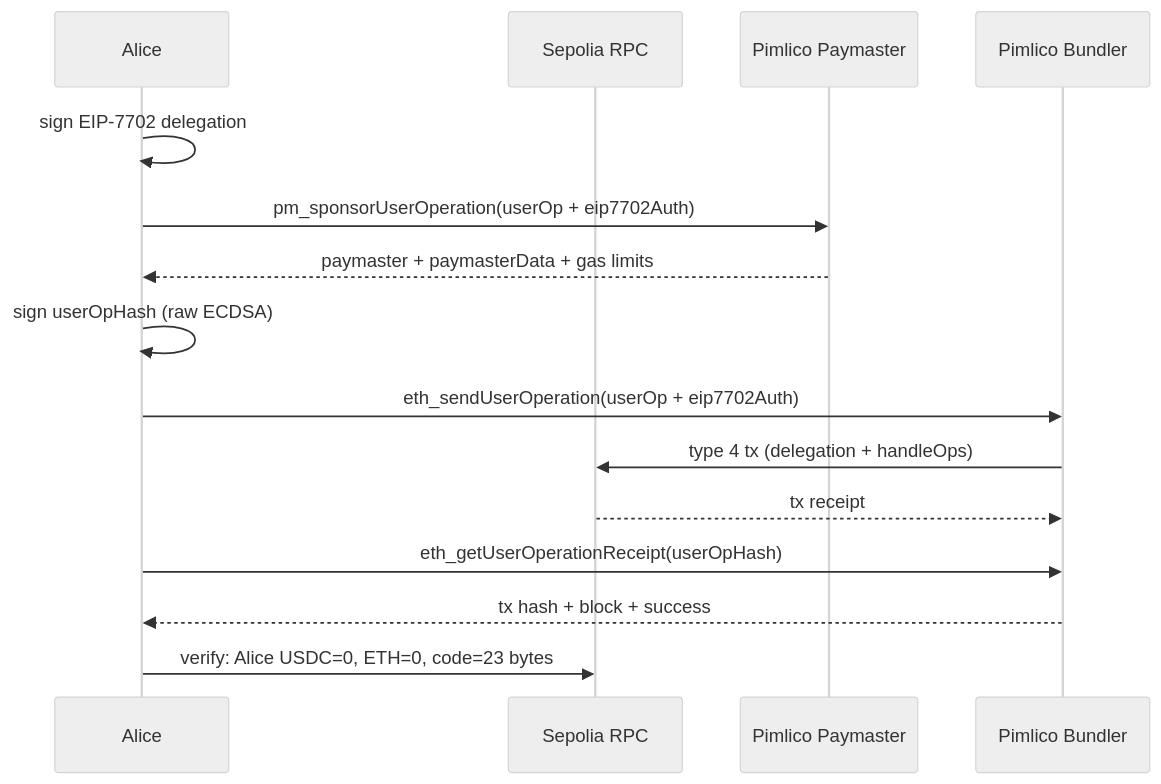
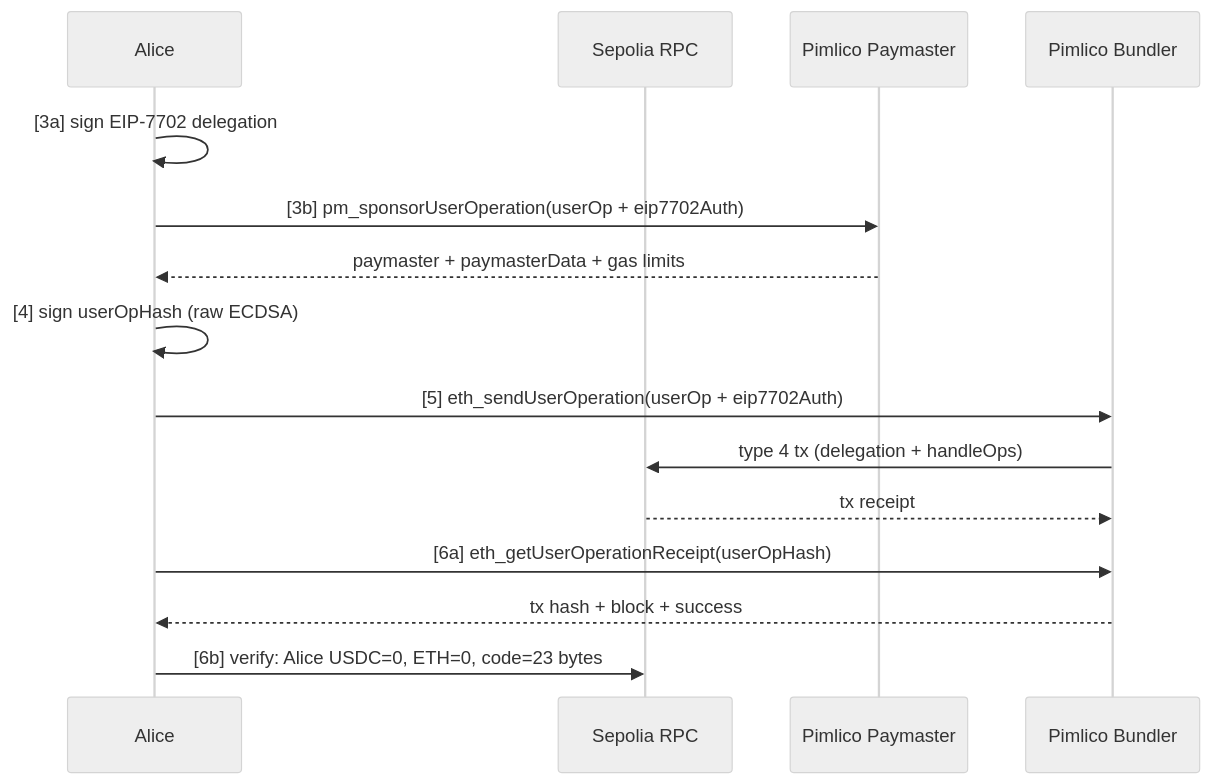
One commit to CoboTest/eip7702-minimal-account changed the diagram in script/python/README.md. Above: the diagram before and after it, drawn with Mermaid (neutral theme). The commit also changed 2 other files, not shown here.

Commit message:
docs: add step numbers (3a/3b/6a/6b) to diagram, code, and logs

````diff
--- a/script/python/README.md
+++ b/script/python/README.md
@@ -134,21 +134,21 @@
 ```mermaid
 sequenceDiagram
     participant A as Alice
     participant RPC as Sepolia RPC
     participant PM as Pimlico Paymaster
     participant B as Pimlico Bundler
 
-    A->>A: sign EIP-7702 delegation
-    A->>PM: pm_sponsorUserOperation(userOp + eip7702Auth)
+    A->>A: [3a] sign EIP-7702 delegation
+    A->>PM: [3b] pm_sponsorUserOperation(userOp + eip7702Auth)
     PM-->>A: paymaster + paymasterData + gas limits
 
-    A->>A: sign userOpHash (raw ECDSA)
+    A->>A: [4] sign userOpHash (raw ECDSA)
 
-    A->>B: eth_sendUserOperation(userOp + eip7702Auth)
+    A->>B: [5] eth_sendUserOperation(userOp + eip7702Auth)
     B->>RPC: type 4 tx (delegation + handleOps)
     RPC-->>B: tx receipt
 
-    A->>B: eth_getUserOperationReceipt(userOpHash)
+    A->>B: [6a] eth_getUserOperationReceipt(userOpHash)
     B-->>A: tx hash + block + success
-    A->>RPC: verify: Alice USDC=0, ETH=0, code=23 bytes
+    A->>RPC: [6b] verify: Alice USDC=0, ETH=0, code=23 bytes
 ```
````
